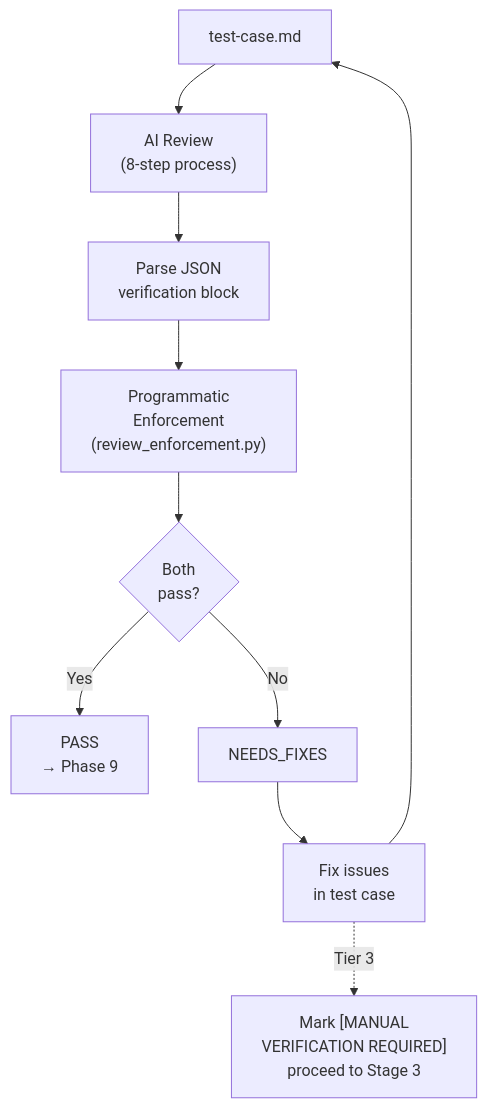
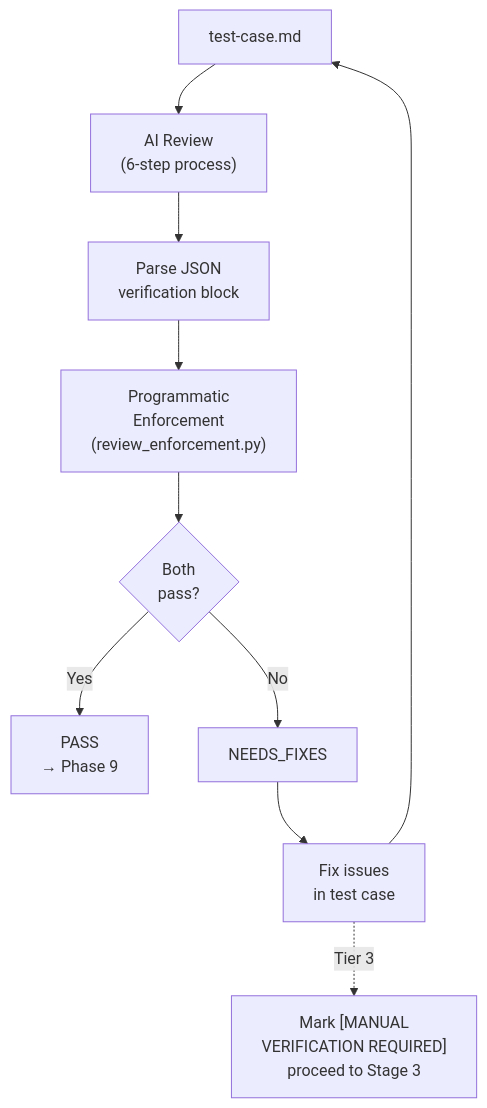
Before and after one commit to stolostron/acm-ai-qe: the seventh of 7 diagrams in apps/test-case-generator/docs/07-SKILL-ARCHITECTURE.md, drawn with Mermaid. The commit also changed other lines of this file and 170 other files, not shown here.

````diff
--- a/apps/test-case-generator/docs/07-SKILL-ARCHITECTURE.md
+++ b/apps/test-case-generator/docs/07-SKILL-ARCHITECTURE.md
@@ -626,14 +592,14 @@
 ```mermaid
 flowchart TD
-    TC[test-case.md] --> AIR["AI Review\n(8-step process)"]
+    TC[test-case.md] --> AIR["AI Review\n(6-step process)"]
     AIR --> JSON["Parse JSON\nverification block"]
     JSON --> PE["Programmatic\nEnforcement\n(review_enforcement.py)"]
     PE --> CHECK{Both\npass?}
 
     CHECK -->|Yes| PASS["PASS\n→ Phase 9"]
     CHECK -->|No| FIXES["NEEDS_FIXES"]
     FIXES --> FIX["Fix issues\nin test case"]
     FIX --> TC
 
     FIX -.Tier 3.-> ABORT["Mark [MANUAL\nVERIFICATION REQUIRED]\nproceed to Stage 3"]
 ```
````
